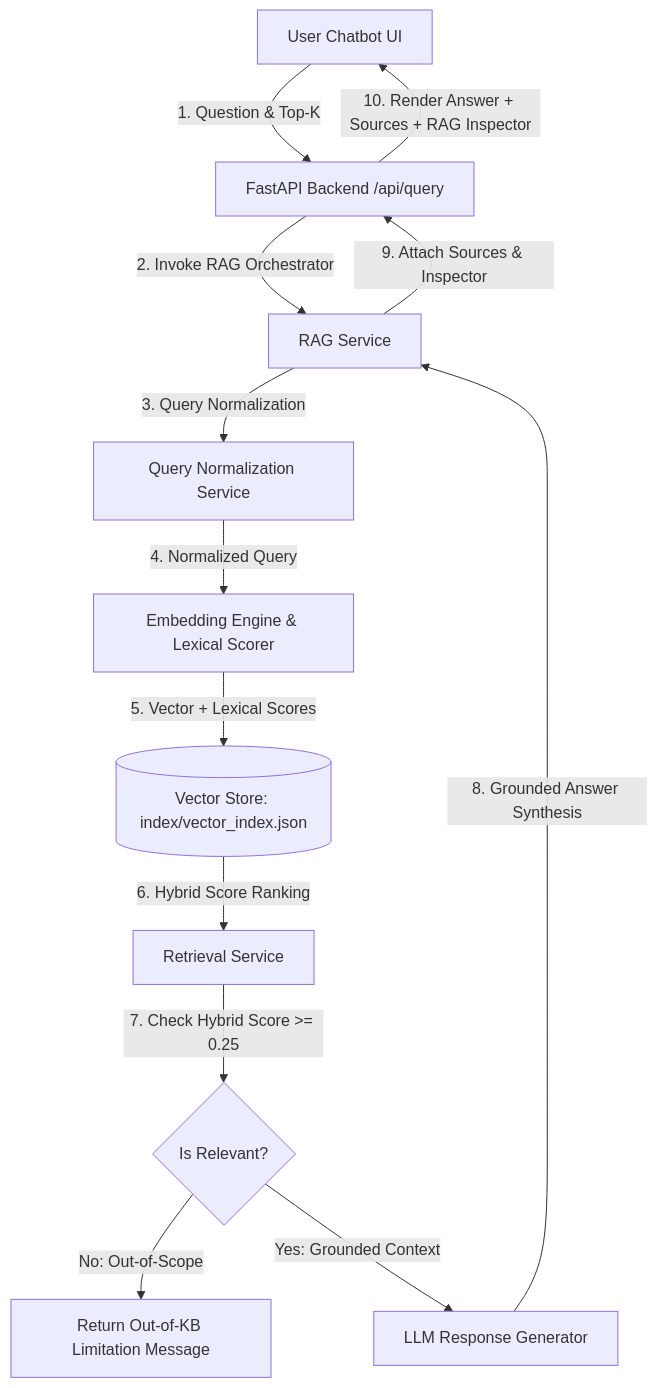
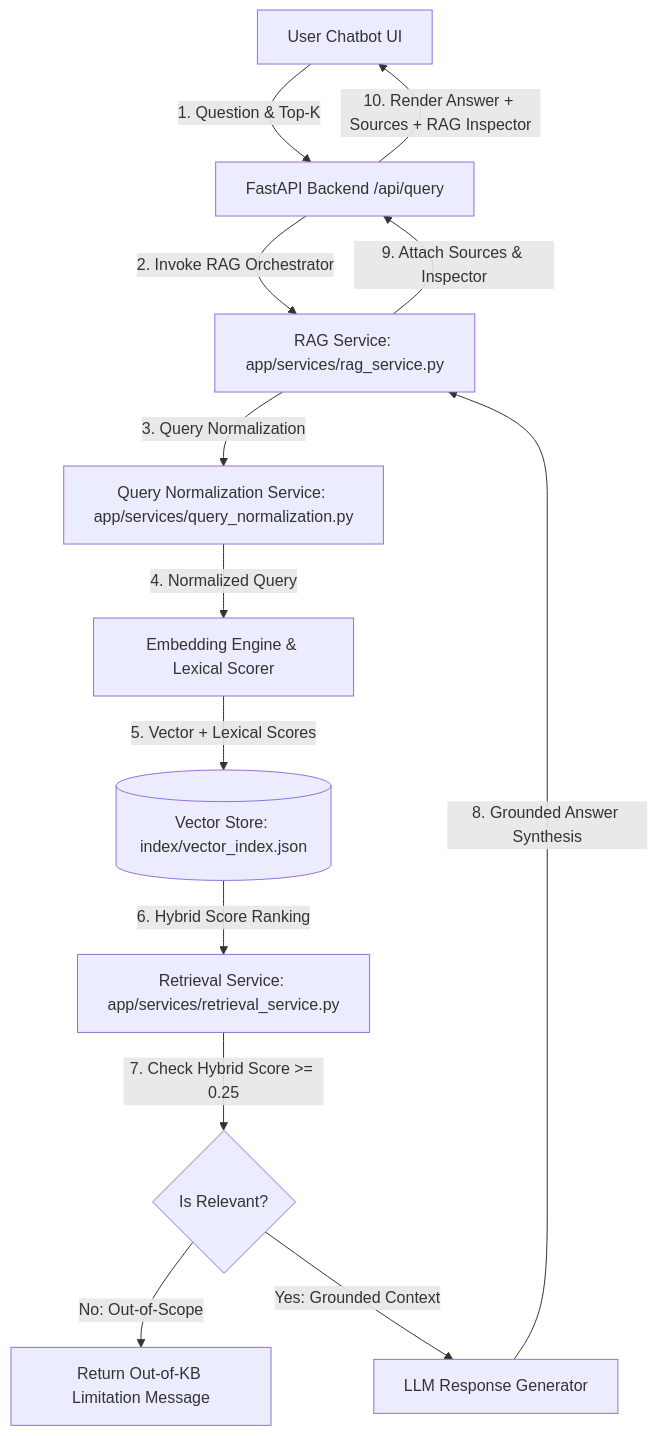
Before and after one commit to Vaishnav53/Applied-Agentic-AI-Lab-Experiments: the third of 6 diagrams in AGENTIC_AI_LAB_COMPLETE_GUIDE.md, drawn with Mermaid. The commit also changed other lines of this file and 4 other files, not shown here.

````diff
--- a/AGENTIC_AI_LAB_COMPLETE_GUIDE.md
+++ b/AGENTIC_AI_LAB_COMPLETE_GUIDE.md
@@ -554,15 +601,15 @@
 ```mermaid
 graph TD
     A[User Chatbot UI] -->|1. Question & Top-K| B[FastAPI Backend /api/query]
-    B -->|2. Invoke RAG Orchestrator| C[RAG Service]
-    C -->|3. Query Normalization| D[Query Normalization Service]
+    B -->|2. Invoke RAG Orchestrator| C[RAG Service: app/services/rag_service.py]
+    C -->|3. Query Normalization| D[Query Normalization Service: app/services/query_normalization.py]
     D -->|4. Normalized Query| E[Embedding Engine & Lexical Scorer]
     E -->|5. Vector + Lexical Scores| F[(Vector Store: index/vector_index.json)]
-    F -->|6. Hybrid Score Ranking| G[Retrieval Service]
+    F -->|6. Hybrid Score Ranking| G[Retrieval Service: app/services/retrieval_service.py]
     G -->|7. Check Hybrid Score >= 0.25| H{Is Relevant?}
     H -->|No: Out-of-Scope| I[Return Out-of-KB Limitation Message]
     H -->|Yes: Grounded Context| J[LLM Response Generator]
     J -->|8. Grounded Answer Synthesis| C
     C -->|9. Attach Sources & Inspector| B
     B -->|10. Render Answer + Sources + RAG Inspector| A
 ```
````
